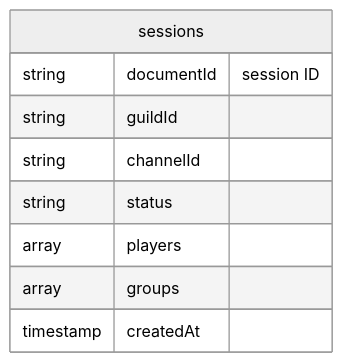
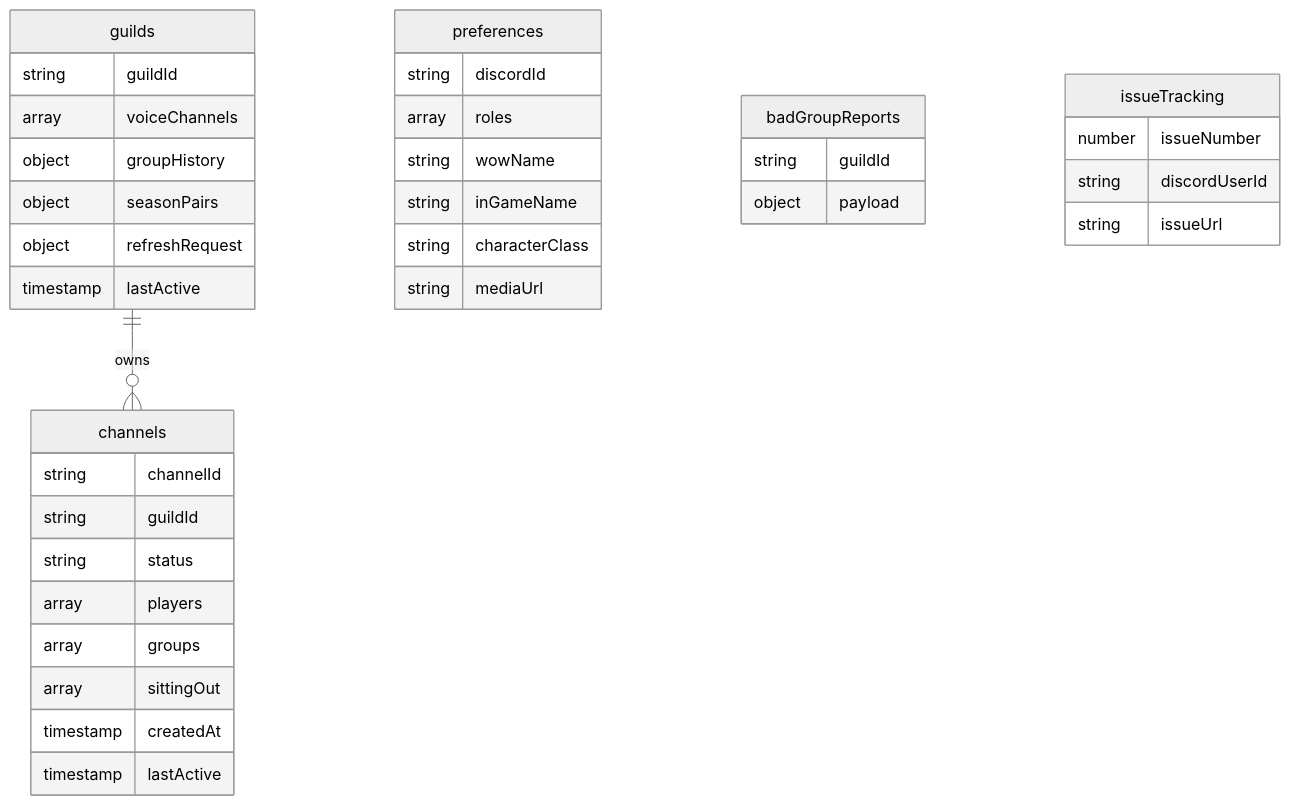
One commit to TytaniumDev/MythicPlusDiscordBot changed the second of 5 diagrams in ARCHITECTURE.md. Above: the diagram before and after it, drawn with Mermaid (neutral theme). The commit also changed other lines of this file and 3 other files, not shown here.

First line of the commit message:
docs: align ARCHITECTURE/ACTIVITY_SETUP/FIREBASE_SETUP/DEPLOYMENT with repo state (#532)

````diff
--- a/ARCHITECTURE.md
+++ b/ARCHITECTURE.md
@@ -122,12 +140,39 @@
 ```mermaid
 erDiagram
-    sessions {
-        string documentId "session ID"
+    guilds ||--o{ channels : "owns"
+    guilds {
         string guildId
+        array voiceChannels
+        object groupHistory
+        object seasonPairs
+        object refreshRequest
+        timestamp lastActive
+    }
+    channels {
         string channelId
+        string guildId
         string status
         array players
         array groups
+        array sittingOut
         timestamp createdAt
+        timestamp lastActive
+    }
+    preferences {
+        string discordId
+        array roles
+        string wowName
+        string inGameName
+        string characterClass
+        string mediaUrl
+    }
+    badGroupReports {
+        string guildId
+        object payload
+    }
+    issueTracking {
+        number issueNumber
+        string discordUserId
+        string issueUrl
     }
 ```
````
